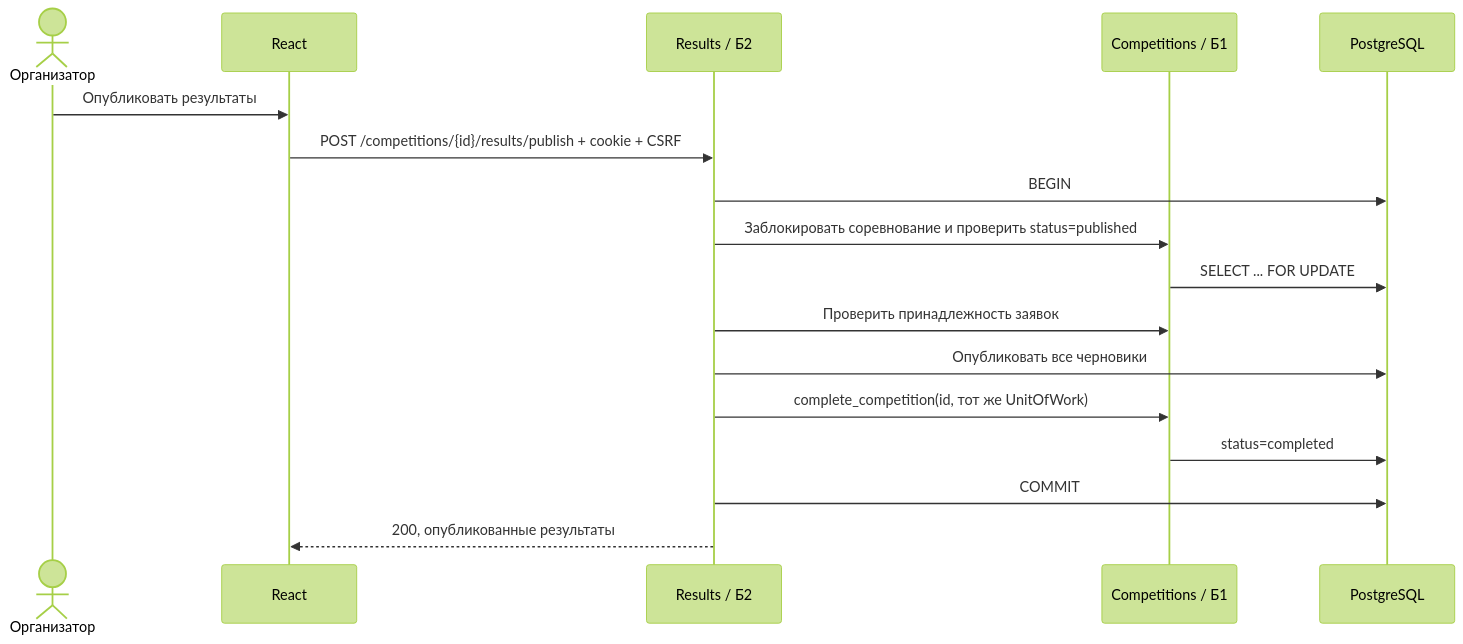
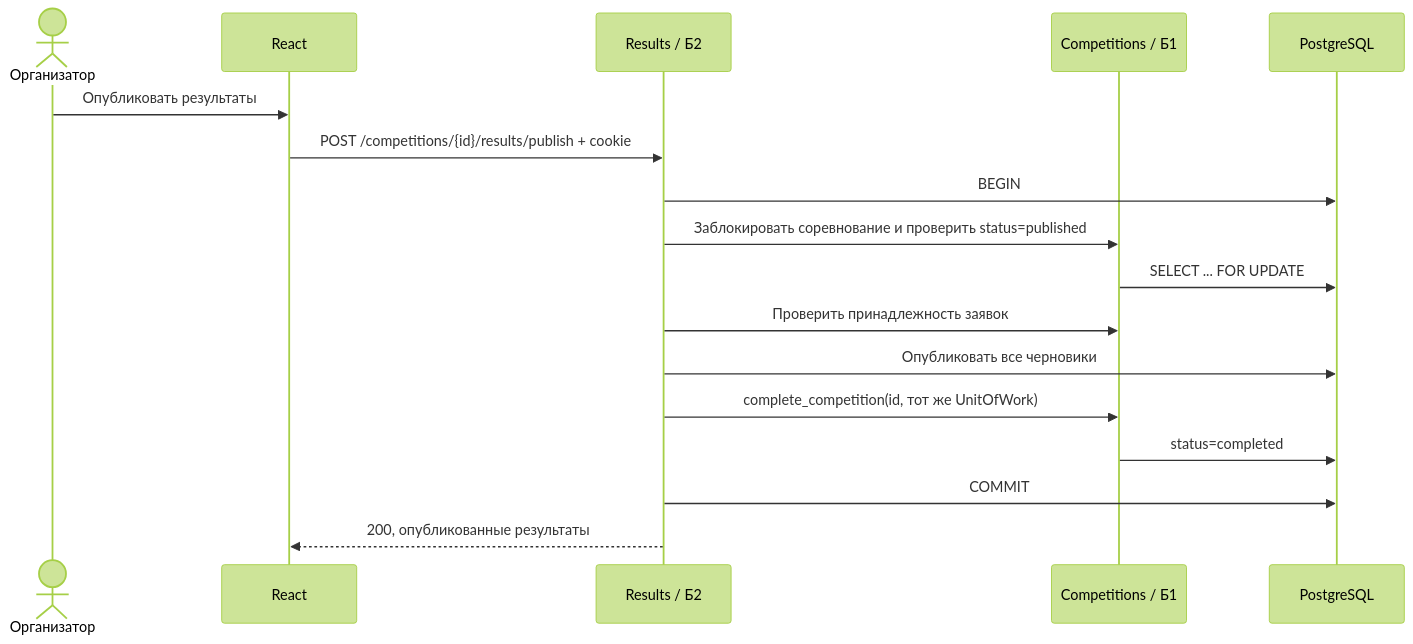
One commit to Gadjik21/technosportfest-2026 changed the second of 3 diagrams in docs/architecture.md. Above: the diagram before and after it, drawn with Mermaid (forest theme). The commit also changed other lines of this file and 8 other files, not shown here.

````diff
--- a/docs/architecture.md
+++ b/docs/architecture.md
@@ -50,19 +50,19 @@
 ```mermaid
 sequenceDiagram
     actor O as Организатор
     participant UI as React
     participant R as Results / Б2
     participant C as Competitions / Б1
     participant DB as PostgreSQL
     O->>UI: Опубликовать результаты
-    UI->>R: POST /competitions/{id}/results/publish + cookie + CSRF
+    UI->>R: POST /competitions/{id}/results/publish + cookie
     R->>DB: BEGIN
     R->>C: Заблокировать соревнование и проверить status=published
     C->>DB: SELECT ... FOR UPDATE
     R->>C: Проверить принадлежность заявок
     R->>DB: Опубликовать все черновики
     R->>C: complete_competition(id, тот же UnitOfWork)
     C->>DB: status=completed
     R->>DB: COMMIT
     R-->>UI: 200, опубликованные результаты
 ```
````
